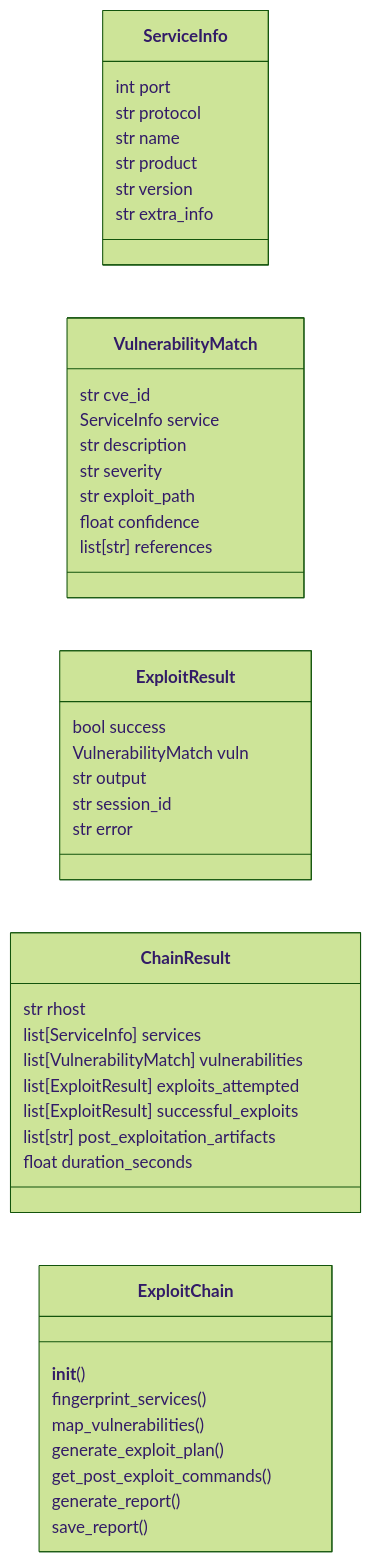
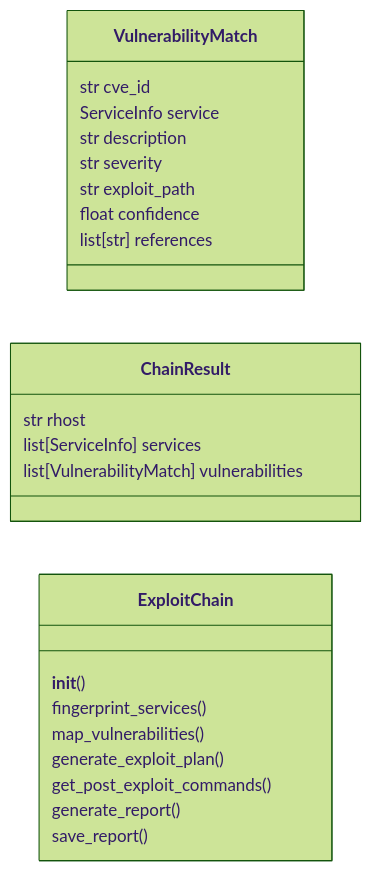
One commit to grisuno/LazyOwn changed the first of 2 diagrams in readmenator-apidocs/modules/modules.exploit_chain.py.md. Above: the diagram before and after it, drawn with Mermaid (forest theme). The commit also changed other lines of this file and 434 other files, not shown here.

````diff
--- a/readmenator-apidocs/modules/modules.exploit_chain.py.md
+++ b/readmenator-apidocs/modules/modules.exploit_chain.py.md
@@ -26,41 +26,24 @@
 ```mermaid
 classDiagram
     direction LR
-    class ServiceInfo
-    ServiceInfo : int port
-    ServiceInfo : str protocol
-    ServiceInfo : str name
-    ServiceInfo : str product
-    ServiceInfo : str version
-    ServiceInfo : str extra_info
     class VulnerabilityMatch
     VulnerabilityMatch : str cve_id
     VulnerabilityMatch : ServiceInfo service
     VulnerabilityMatch : str description
     VulnerabilityMatch : str severity
     VulnerabilityMatch : str exploit_path
     VulnerabilityMatch : float confidence
     VulnerabilityMatch : list[str] references
-    class ExploitResult
-    ExploitResult : bool success
-    ExploitResult : VulnerabilityMatch vuln
-    ExploitResult : str output
-    ExploitResult : str session_id
-    ExploitResult : str error
     class ChainResult
     ChainResult : str rhost
     ChainResult : list[ServiceInfo] services
     ChainResult : list[VulnerabilityMatch] vulnerabilities
-    ChainResult : list[ExploitResult] exploits_attempted
-    ChainResult : list[ExploitResult] successful_exploits
-    ChainResult : list[str] post_exploitation_artifacts
-    ChainResult : float duration_seconds
     class ExploitChain
     ExploitChain : __init__()
     ExploitChain : fingerprint_services()
     ExploitChain : map_vulnerabilities()
     ExploitChain : generate_exploit_plan()
     ExploitChain : get_post_exploit_commands()
     ExploitChain : generate_report()
     ExploitChain : save_report()
 ```
````
